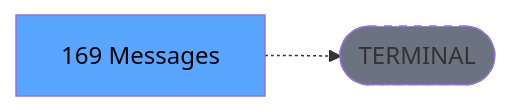
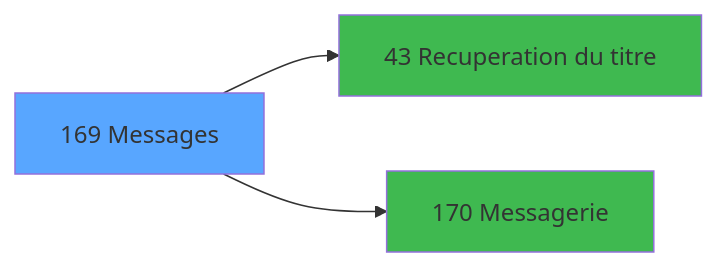
Before and after one commit to thonyAGP/magic-migration: the third of 3 diagrams in .openspec/specs/ADH-IDE-169.md, drawn with Mermaid. The commit also changed other lines of this file and 253 other files, not shown here.

````diff
--- a/.openspec/specs/ADH-IDE-169.md
+++ b/.openspec/specs/ADH-IDE-169.md
@@ -140,8 +750,11 @@
 ```mermaid
 graph LR
-    T[169 Messages]
-    TERM([TERMINAL])
-    T -.-> TERM
-    style TERM fill:#6b7280,stroke-dasharray: 5 5
-    style T fill:#58a6ff,color:#000
+    T169[169 Messages]
+    style T169 fill:#58a6ff
+    C43[43 Recuperation du titre]
+    T169 --> C43
+    style C43 fill:#3fb950
+    C170[170 Messagerie]
+    T169 --> C170
+    style C170 fill:#3fb950
 ```
````
